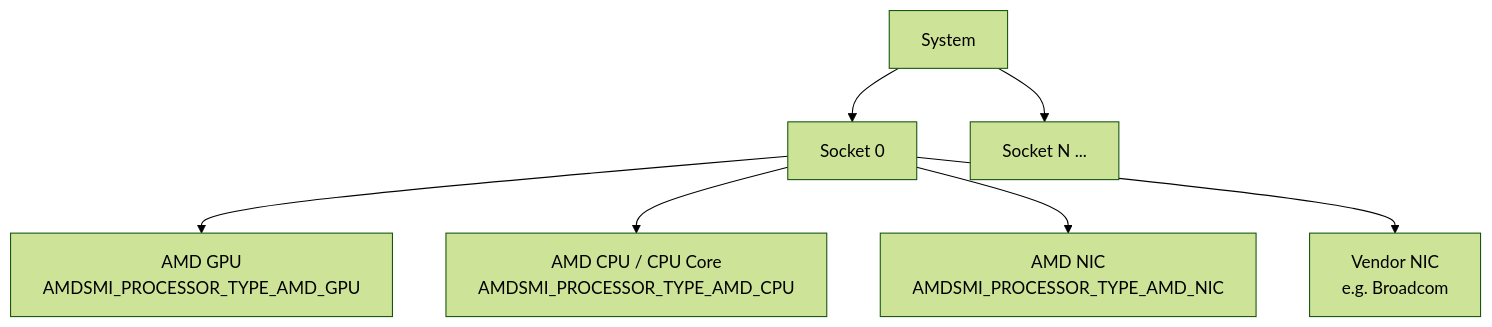
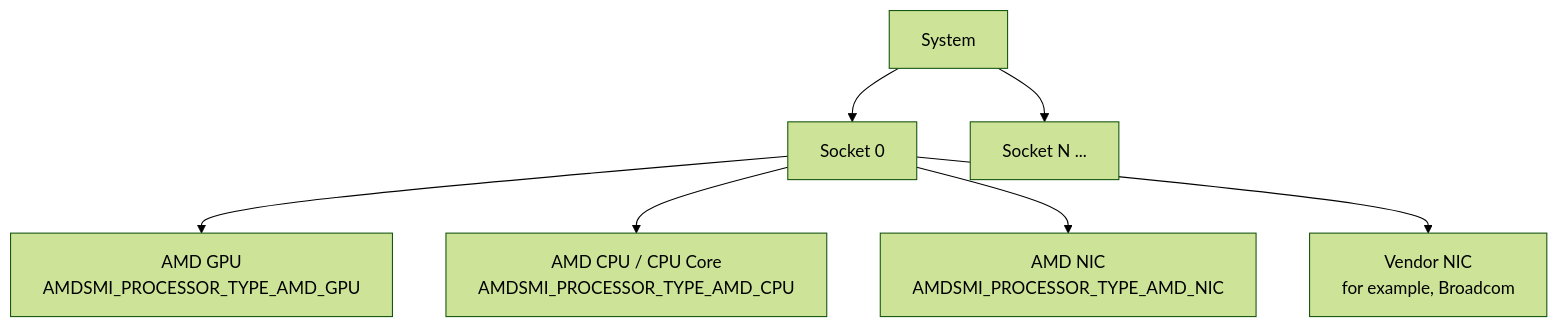
One commit to ROCm/rocm-systems changed the first of 2 diagrams in projects/amdsmi/docs/how-to/amdsmi-nic-integration.md. Above: the diagram before and after it, drawn with Mermaid (forest theme). The commit also changed other lines of this file and 2 other files, not shown here.

First line of the commit message:
docs(amdsmi/nic): add to sidebar and format doc following style guide

````diff
--- a/projects/amdsmi/docs/how-to/amdsmi-nic-integration.md
+++ b/projects/amdsmi/docs/how-to/amdsmi-nic-integration.md
@@ -90,9 +88,9 @@
 ```mermaid
 flowchart TD
     System[System] --> Socket0[Socket 0]
     System --> SocketN[Socket N ...]
     Socket0 --> GPU[AMD GPU<br/>AMDSMI_PROCESSOR_TYPE_AMD_GPU]
     Socket0 --> CPU[AMD CPU / CPU Core<br/>AMDSMI_PROCESSOR_TYPE_AMD_CPU]
     Socket0 --> NIC[AMD NIC<br/>AMDSMI_PROCESSOR_TYPE_AMD_NIC]
-    Socket0 --> VNIC[Vendor NIC<br/>e.g. Broadcom]
+    Socket0 --> VNIC[Vendor NIC<br/>for example, Broadcom]
 ```
````
